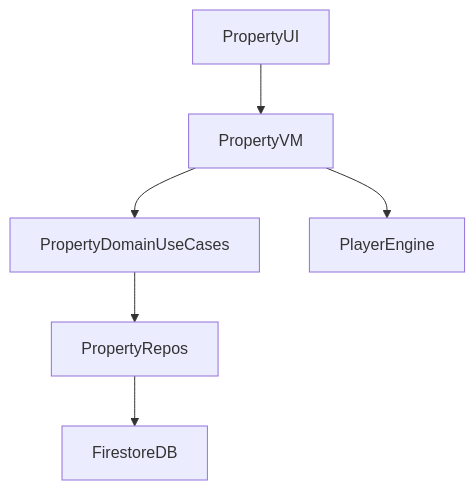
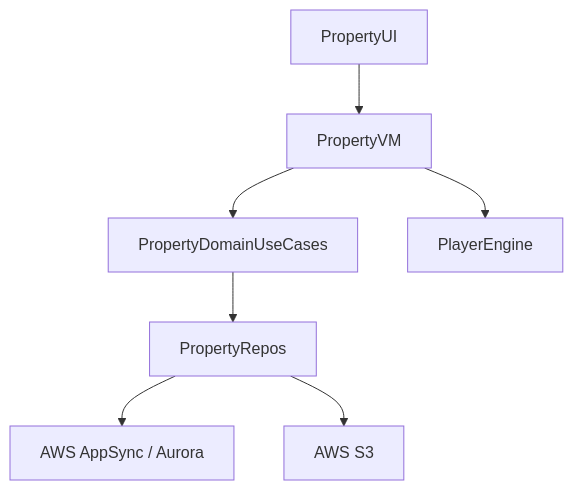
One commit to harrykibet/RealEstateApp-Android changed the third of 5 diagrams in docs/ARCHITECTURE.md. Above: the diagram before and after it, drawn with Mermaid. The commit also changed other lines of this file and 7 other files, not shown here.

````diff
--- a/docs/ARCHITECTURE.md
+++ b/docs/ARCHITECTURE.md
@@ -51,6 +51,7 @@
 ```mermaid
 flowchart TD
     PropertyUI --> PropertyVM --> PropertyDomainUseCases --> PropertyRepos
-    PropertyRepos --> FirestoreDB
+    PropertyRepos --> AppSync[AWS AppSync / Aurora]
+    PropertyRepos --> S3[AWS S3]
     PropertyVM --> PlayerEngine
 ```
````
